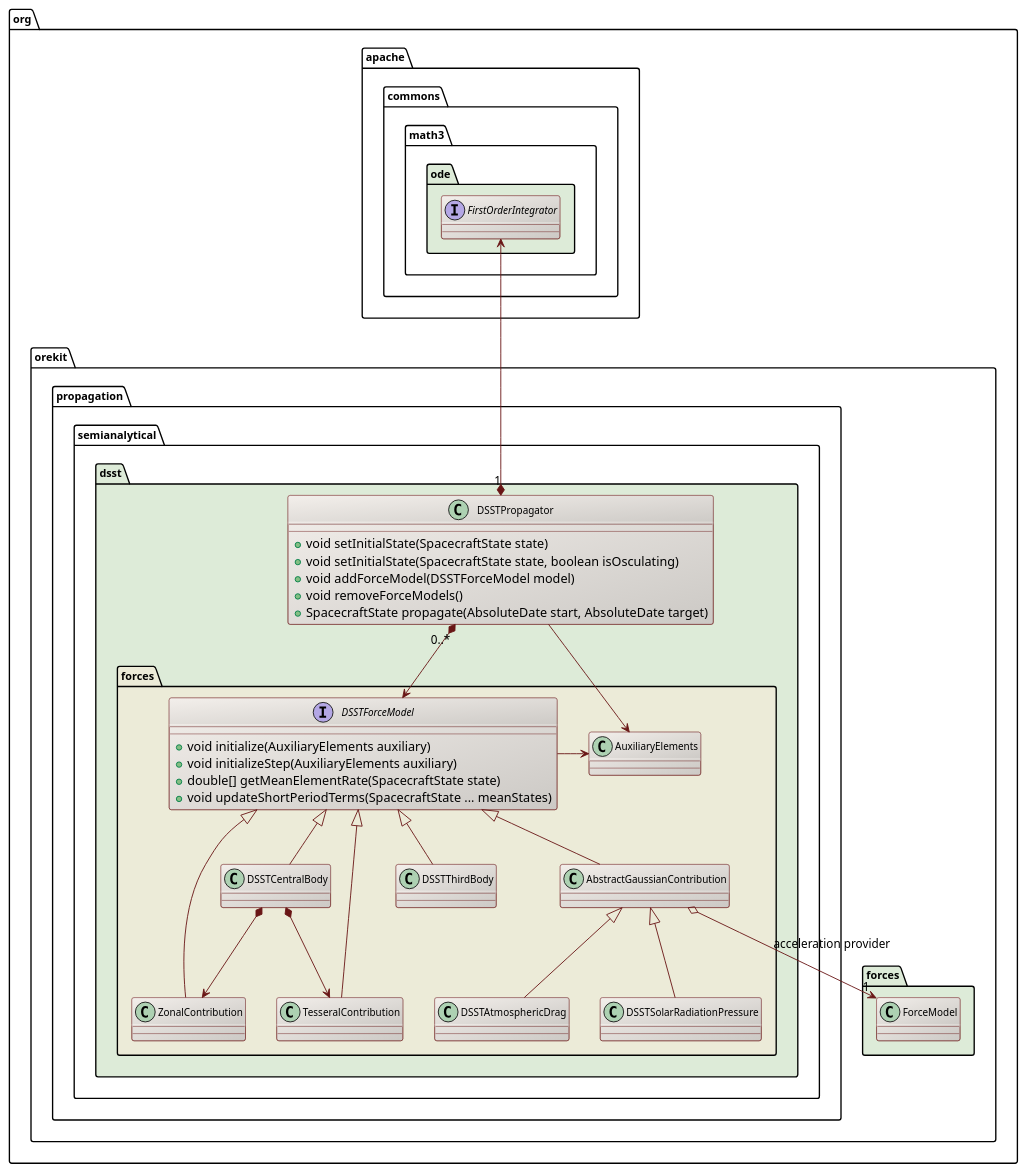
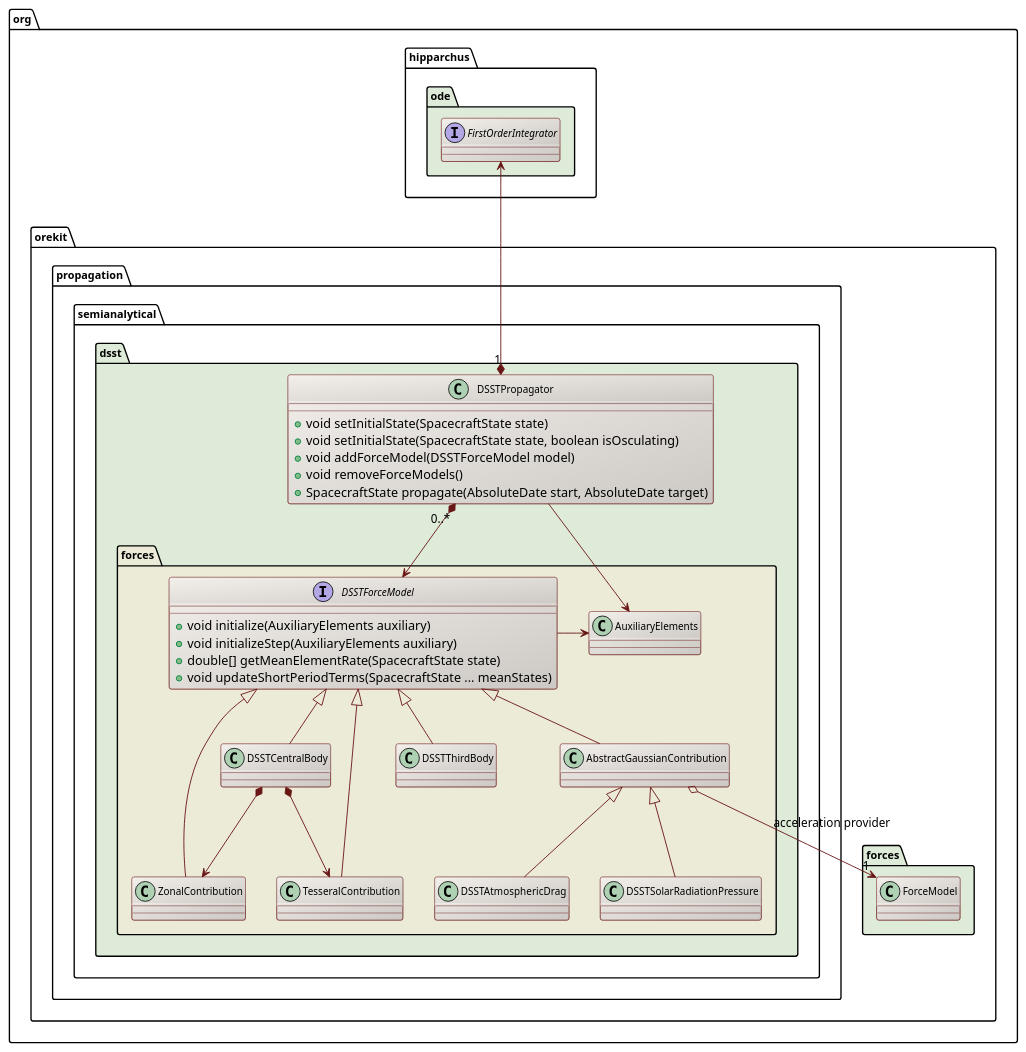
One commit to CS-SI/Orekit changed the diagram in src/design/dsst-propagator-class-diagram.puml. Above: the diagram before and after it, drawn with PlantUML. The commit also changed 519 other files, not shown here.

Commit message:
Switched from Apache Commons Math to Hipparchus.

```diff
--- a/src/design/dsst-propagator-class-diagram.puml
+++ b/src/design/dsst-propagator-class-diagram.puml
@@ -17,68 +17,68 @@
 @startuml
 
   skinparam svek                  true
   skinparam ClassBackgroundColor  #F3EFEB/CCC9C5
   skinparam ClassArrowColor       #691616
   skinparam ClassBorderColor      #691616
   skinparam NoteBackgroundColor   #F3EFEB
   skinparam NoteBorderColor       #691616
   skinparam NoteFontColor         #691616
   skinparam ClassFontSize         11
   skinparam PackageFontSize       12
 
-  package org.apache.commons.math3.ode #DDEBD8 {
+  package org.hipparchus.ode #DDEBD8 {
 
     interface FirstOrderIntegrator
 
   }
 
   package org.orekit.forces #DDEBD8 {
     class ForceModel
   }
 
   package org.orekit.propagation.semianalytical.dsst #DDEBD8 {
 
     class DSSTPropagator {
       +void setInitialState(SpacecraftState state)
       +void setInitialState(SpacecraftState state, boolean isOsculating)
       +void addForceModel(DSSTForceModel model)
       +void removeForceModels()
       +SpacecraftState propagate(AbsoluteDate start, AbsoluteDate target)
     }
 
     FirstOrderIntegrator <--* "1" DSSTPropagator
 
     package forces #ECEBD8 {
 
       class AuxiliaryElements
 
       interface DSSTForceModel {
         +void initialize(AuxiliaryElements auxiliary)
         +void initializeStep(AuxiliaryElements auxiliary)
         +double[] getMeanElementRate(SpacecraftState state)
         +void updateShortPeriodTerms(SpacecraftState ... meanStates)
       }
 
       DSSTForceModel -right->  AuxiliaryElements
       DSSTForceModel <|-- DSSTCentralBody
       DSSTForceModel <|-- ZonalContribution
       DSSTForceModel <|-- TesseralContribution
       DSSTForceModel <|-- DSSTThirdBody
       DSSTForceModel <|-- AbstractGaussianContribution
 
       AbstractGaussianContribution <|-- DSSTAtmosphericDrag
       AbstractGaussianContribution <|-- DSSTSolarRadiationPressure
       AbstractGaussianContribution o--> "1" ForceModel : acceleration provider
 
       DSSTCentralBody *--> ZonalContribution
       DSSTCentralBody *--> TesseralContribution
 
     }
 
     DSSTPropagator "0..*" *--> DSSTForceModel
     DSSTPropagator --> AuxiliaryElements
 
   }
 
 
 @enduml
```
